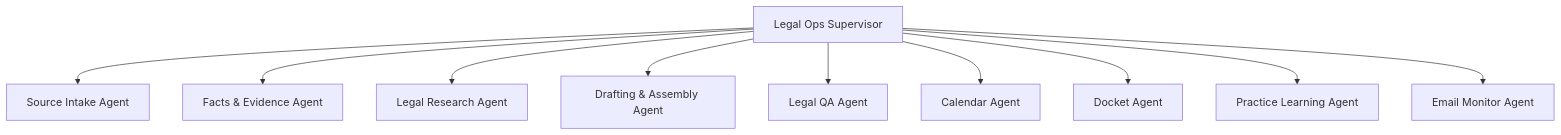
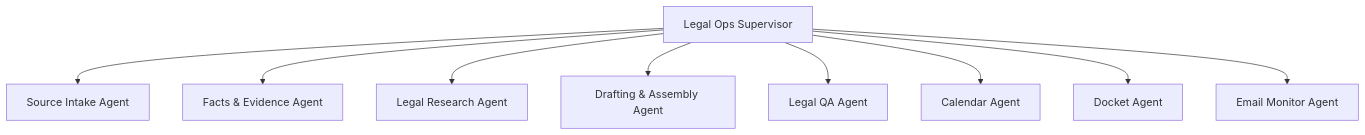
Before and after one commit to mengbingrock/attymate: the diagram in companies/california-litigation-legal-team-simplified-v2/README.md, drawn with Mermaid. The commit also changed other lines of this file and 16 other files, not shown here.

First line of the commit message:
refactor(companies): remove practice-learning-agent and simplify agent docs

````diff
--- a/companies/california-litigation-legal-team-simplified-v2/README.md
+++ b/companies/california-litigation-legal-team-simplified-v2/README.md
@@ -39,13 +39,12 @@
 ```mermaid
 graph TD
   LOS[Legal Ops Supervisor]
   LOS --> SIA[Source Intake Agent]
   LOS --> FEA[Facts & Evidence Agent]
   LOS --> LRA[Legal Research Agent]
   LOS --> DAA[Drafting & Assembly Agent]
   LOS --> QA[Legal QA Agent]
   LOS --> CAL[Calendar Agent]
   LOS --> DOC[Docket Agent]
-  LOS --> PLA[Practice Learning Agent]
   LOS --> GMA[Email Monitor Agent]
 ```
````
